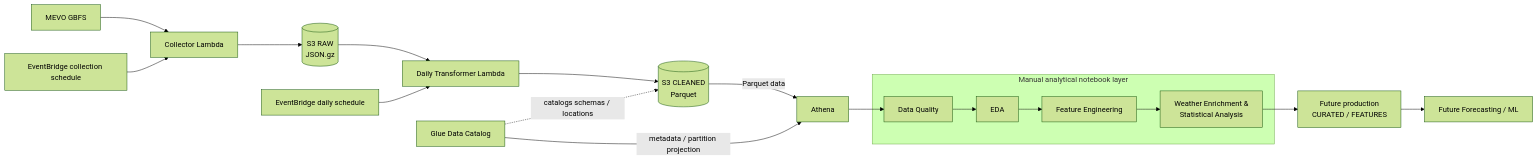
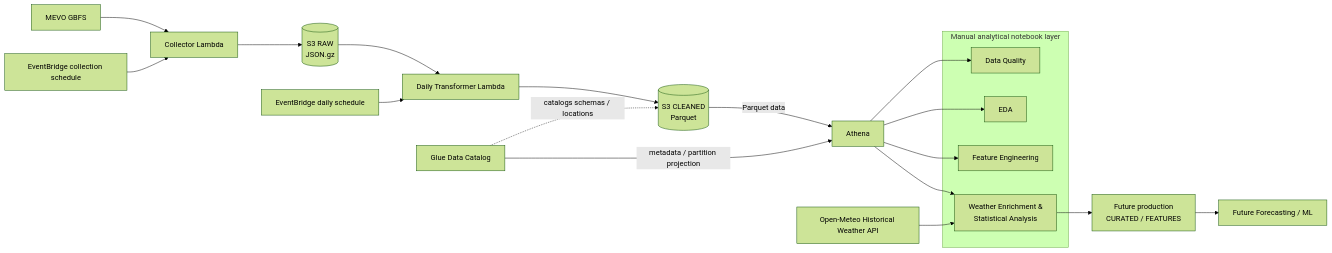
Before and after one commit to s194586/mevo-urban-mobility-analytics: the diagram in README.md, drawn with Mermaid (forest theme).

Commit message:
Fix analytical pipeline diagram

````diff
--- a/README.md
+++ b/README.md
@@ -9,38 +9,40 @@
 ```mermaid
 flowchart LR
     GBFS[MEVO GBFS]
     COLLECT_SCHEDULE[EventBridge collection schedule]
     TRANSFORM_SCHEDULE[EventBridge daily schedule]
     COLLECTOR[Collector Lambda]
     RAW[(S3 RAW<br/>JSON.gz)]
     TRANSFORMER[Daily Transformer Lambda]
     CLEANED[(S3 CLEANED<br/>Parquet)]
     GLUE[Glue Data Catalog]
     ATHENA[Athena]
+    OPEN_METEO[Open-Meteo Historical Weather API]
 
     subgraph NOTEBOOKS[Manual analytical notebook layer]
         DQ[Data Quality]
         EDA[EDA]
         FE[Feature Engineering]
         WEATHER[Weather Enrichment &<br/>Statistical Analysis]
     end
 
     FEATURES[Future production<br/>CURATED / FEATURES]
     ML[Future Forecasting / ML]
 
     GBFS --> COLLECTOR
     COLLECT_SCHEDULE --> COLLECTOR
     COLLECTOR --> RAW
     RAW --> TRANSFORMER
     TRANSFORM_SCHEDULE --> TRANSFORMER
     TRANSFORMER --> CLEANED
     CLEANED -->|Parquet data| ATHENA
     GLUE -. catalogs schemas / locations .-> CLEANED
     GLUE -->|metadata / partition projection| ATHENA
     ATHENA --> DQ
-    DQ --> EDA
-    EDA --> FE
-    FE --> WEATHER
+    ATHENA --> EDA
+    ATHENA --> FE
+    ATHENA --> WEATHER
+    OPEN_METEO --> WEATHER
     WEATHER --> FEATURES
     FEATURES --> ML
 ```
````
